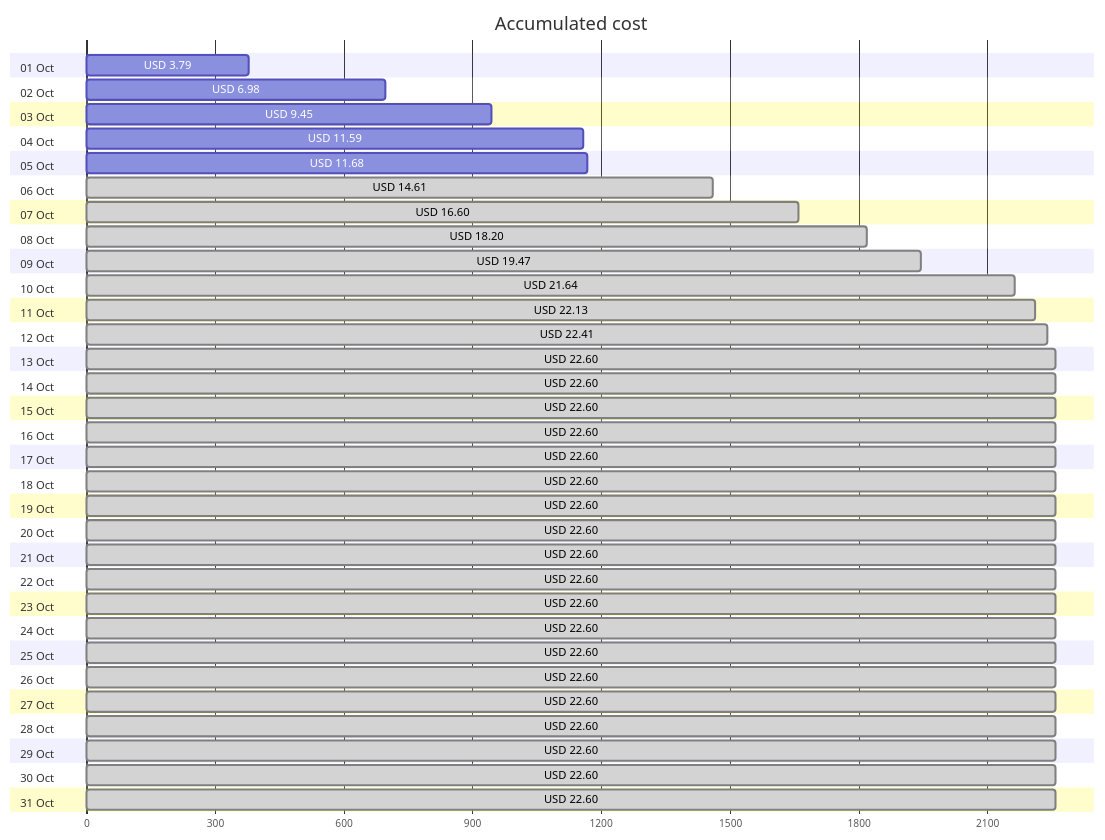
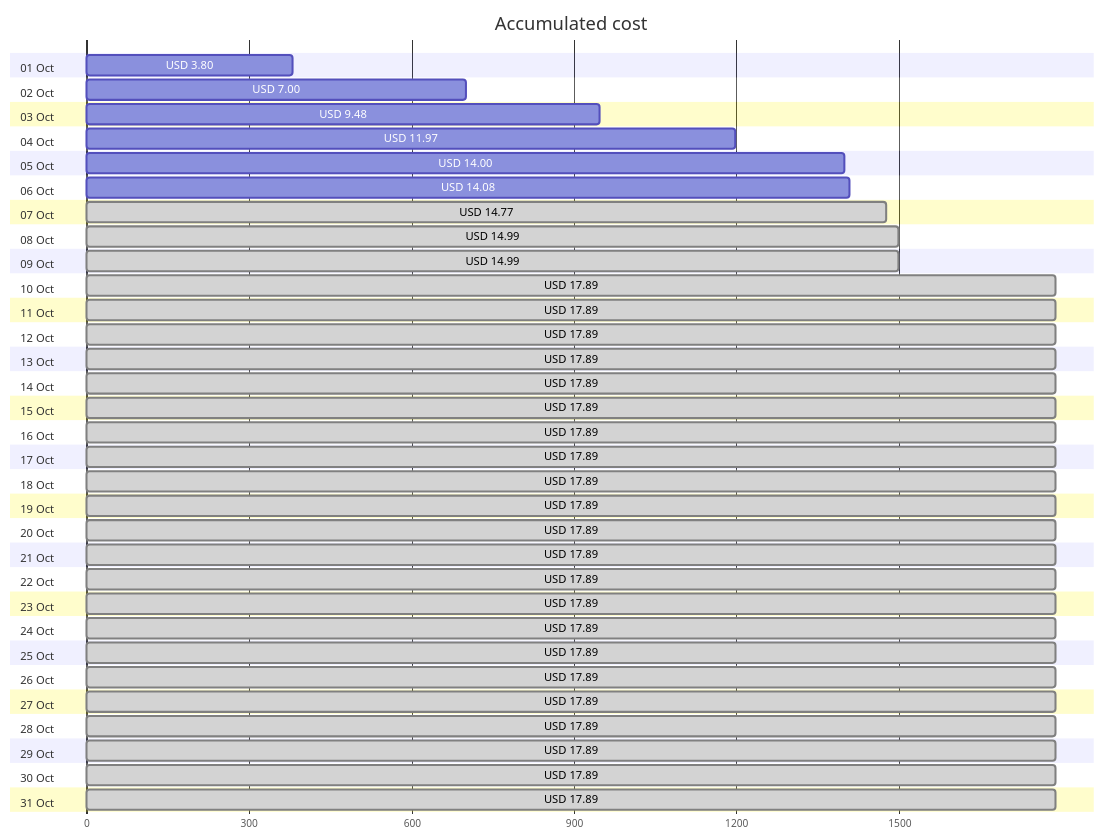
One commit to jpfulton/azure-personal-reports changed the first of 4 diagrams in cost-reports/accumulated-cost.md. Above: the diagram before and after it, drawn with Mermaid. The commit also changed other lines of this file and 4 other files, not shown here.

````diff
--- a/cost-reports/accumulated-cost.md
+++ b/cost-reports/accumulated-cost.md
@@ -20,68 +20,68 @@
 ```mermaid
 gantt
    title Accumulated cost
    dateFormat  X
    axisFormat %s
    section 01 Oct
-   USD 3.79 :0, 379
+   USD 3.80 :0, 380
    section 02 Oct
-   USD 6.98 :0, 698
+   USD 7.00 :0, 700
    section 03 Oct
-   USD 9.45 :0, 945
+   USD 9.48 :0, 948
    section 04 Oct
-   USD 11.59 :0, 1159
+   USD 11.97 :0, 1197
    section 05 Oct
-   USD 11.68 :0, 1168
+   USD 14.00 :0, 1400
    section 06 Oct
-   USD 14.61 : done, 0, 1461
+   USD 14.08 :0, 1408
    section 07 Oct
-   USD 16.60 : done, 0, 1660
+   USD 14.77 : done, 0, 1477
    section 08 Oct
-   USD 18.20 : done, 0, 1820
+   USD 14.99 : done, 0, 1499
    section 09 Oct
-   USD 19.47 : done, 0, 1947
+   USD 14.99 : done, 0, 1499
    section 10 Oct
-   USD 21.64 : done, 0, 2164
+   USD 17.89 : done, 0, 1789
    section 11 Oct
-   USD 22.13 : done, 0, 2213
+   USD 17.89 : done, 0, 1789
    section 12 Oct
-   USD 22.41 : done, 0, 2241
+   USD 17.89 : done, 0, 1789
    section 13 Oct
-   USD 22.60 : done, 0, 2260
+   USD 17.89 : done, 0, 1789
    section 14 Oct
-   USD 22.60 : done, 0, 2260
+   USD 17.89 : done, 0, 1789
    section 15 Oct
-   USD 22.60 : done, 0, 2260
+   USD 17.89 : done, 0, 1789
    section 16 Oct
-   USD 22.60 : done, 0, 2260
+   USD 17.89 : done, 0, 1789
    section 17 Oct
-   USD 22.60 : done, 0, 2260
+   USD 17.89 : done, 0, 1789
    section 18 Oct
-   USD 22.60 : done, 0, 2260
+   USD 17.89 : done, 0, 1789
    section 19 Oct
-   USD 22.60 : done, 0, 2260
+   USD 17.89 : done, 0, 1789
    section 20 Oct
-   USD 22.60 : done, 0, 2260
+   USD 17.89 : done, 0, 1789
    section 21 Oct
-   USD 22.60 : done, 0, 2260
+   USD 17.89 : done, 0, 1789
    section 22 Oct
-   USD 22.60 : done, 0, 2260
+   USD 17.89 : done, 0, 1789
    section 23 Oct
-   USD 22.60 : done, 0, 2260
+   USD 17.89 : done, 0, 1789
    section 24 Oct
-   USD 22.60 : done, 0, 2260
+   USD 17.89 : done, 0, 1789
    section 25 Oct
-   USD 22.60 : done, 0, 2260
+   USD 17.89 : done, 0, 1789
    section 26 Oct
-   USD 22.60 : done, 0, 2260
+   USD 17.89 : done, 0, 1789
    section 27 Oct
-   USD 22.60 : done, 0, 2260
+   USD 17.89 : done, 0, 1789
    section 28 Oct
-   USD 22.60 : done, 0, 2260
+   USD 17.89 : done, 0, 1789
    section 29 Oct
-   USD 22.60 : done, 0, 2260
+   USD 17.89 : done, 0, 1789
    section 30 Oct
-   USD 22.60 : done, 0, 2260
+   USD 17.89 : done, 0, 1789
    section 31 Oct
-   USD 22.60 : done, 0, 2260
+   USD 17.89 : done, 0, 1789
 ```
````
